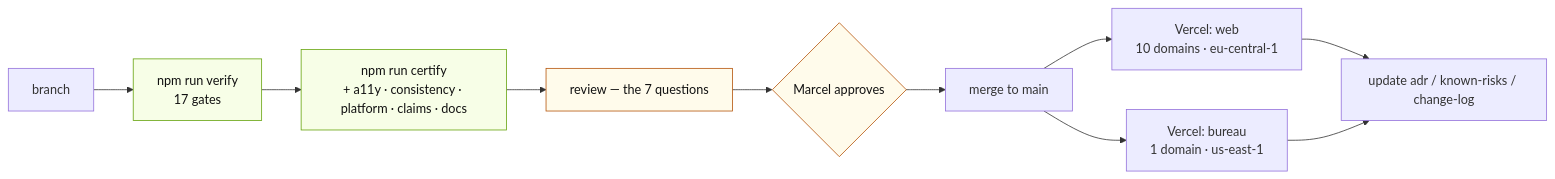
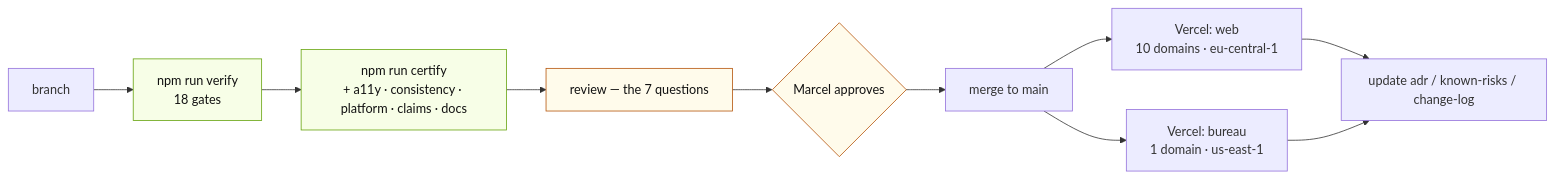
Before and after one commit to buddy1974/maxpromo.digital: the eighth of 10 diagrams in docs/architecture/diagrams.md, drawn with Mermaid. The commit also changed 10 other files, not shown here.

````diff
--- a/docs/architecture/diagrams.md
+++ b/docs/architecture/diagrams.md
@@ -276,19 +276,19 @@
 ```mermaid
 flowchart LR
-  BR["branch"] --> V["npm run verify<br/>17 gates"]
+  BR["branch"] --> V["npm run verify<br/>18 gates"]
   V --> C["npm run certify<br/>+ a11y · consistency · platform · claims · docs"]
   C --> REV["review — the 7 questions"]
   REV --> APP{"Marcel approves"}
   APP --> MERGE["merge to main"]
 
   MERGE --> VW["Vercel: web<br/>10 domains · eu-central-1"]
   MERGE --> VB["Vercel: bureau<br/>1 domain · us-east-1"]
 
   VW --> DOC["update adr / known-risks / change-log"]
   VB --> DOC
 
   classDef gate fill:#F7FEE7,stroke:#65A30D,color:#111111
   classDef human fill:#FFFBEB,stroke:#B45309,color:#111111
   class V,C gate
   class REV,APP human
 ```
````
